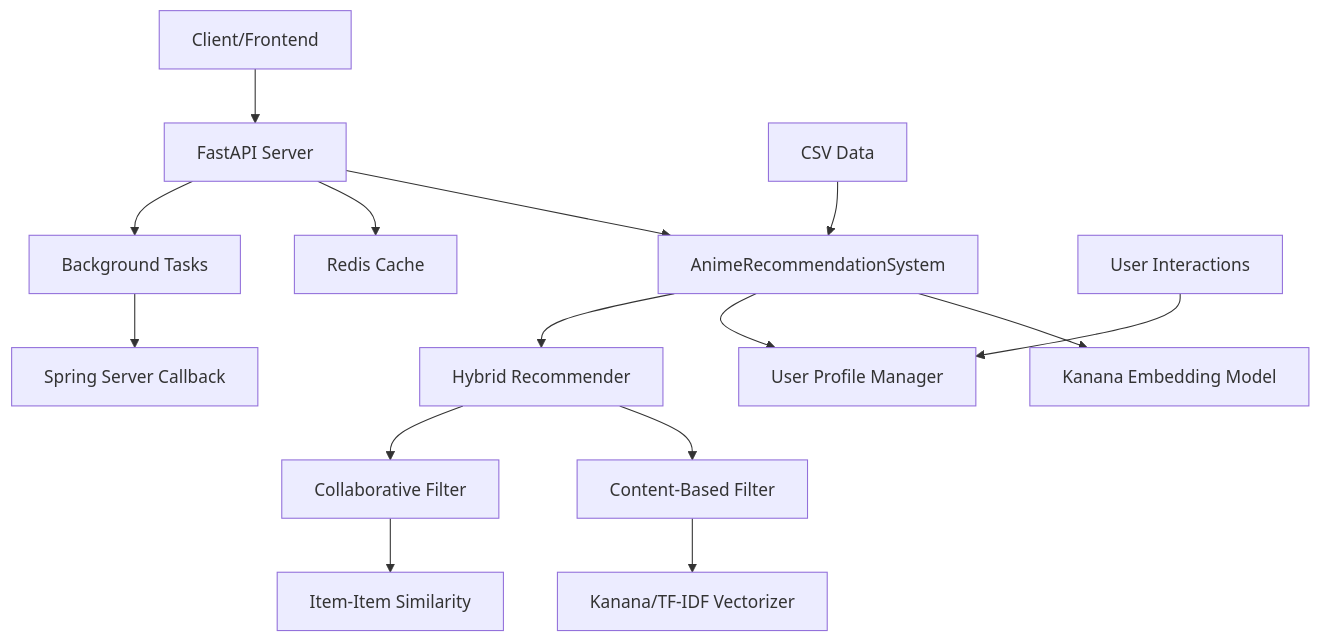
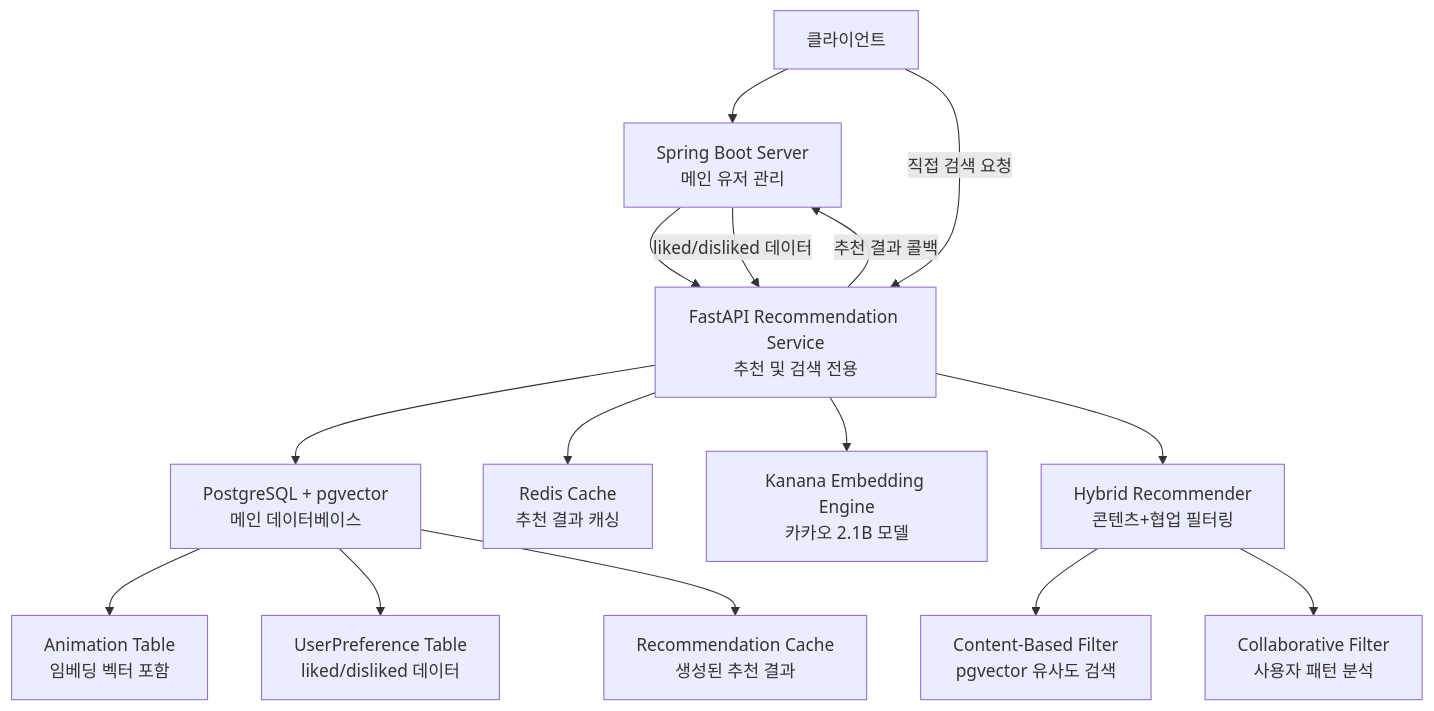
Before and after one commit to Joinerlee/Anime-Data: the diagram in README.md, drawn with Mermaid. The commit also changed other lines of this file and 6 other files, not shown here.

First line of the commit message:
feat: PostgreSQL + pgvector 기반 추천 시스템 아키텍처 전환

````diff
--- a/README.md
+++ b/README.md
@@ -233,21 +279,23 @@
 ```mermaid
 graph TB
-    A[Client/Frontend] --> B[FastAPI Server]
-    B --> C[AnimeRecommendationSystem]
-    C --> D[Kanana Embedding Model]
-    C --> E[User Profile Manager]
-    C --> F[Hybrid Recommender]
+    A[Spring Boot Server<br/>메인 유저 관리] --> B[FastAPI Recommendation Service<br/>추천 및 검색 전용]
 
-    F --> G[Content-Based Filter]
-    F --> H[Collaborative Filter]
+    B --> C[PostgreSQL + pgvector<br/>메인 데이터베이스]
+    B --> D[Redis Cache<br/>추천 결과 캐싱]
 
-    G --> I[Kanana/TF-IDF Vectorizer]
-    H --> J[Item-Item Similarity]
+    C --> E[Animation Table<br/>임베딩 벡터 포함]
+    C --> F[UserPreference Table<br/>liked/disliked 데이터]
+    C --> G[Recommendation Cache<br/>생성된 추천 결과]
 
-    B --> K[Redis Cache]
-    B --> L[Background Tasks]
-    L --> M[Spring Server Callback]
+    B --> H[Kanana Embedding Engine<br/>카카오 2.1B 모델]
+    B --> I[Hybrid Recommender<br/>콘텐츠+협업 필터링]
 
-    N[CSV Data] --> C
-    O[User Interactions] --> E
+    I --> J[Content-Based Filter<br/>pgvector 유사도 검색]
+    I --> K[Collaborative Filter<br/>사용자 패턴 분석]
+
+    A --> |liked/disliked 데이터| B
+    B --> |추천 결과 콜백| A
+
+    L[클라이언트] --> A
+    L --> |직접 검색 요청| B
 ```
````
